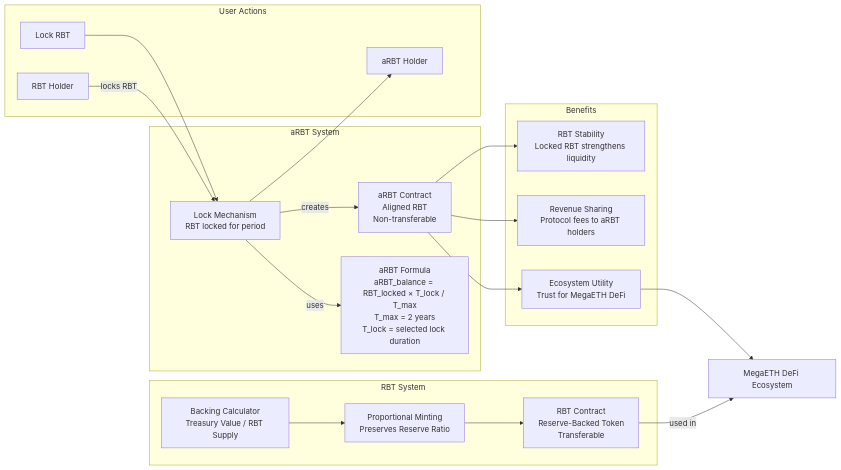
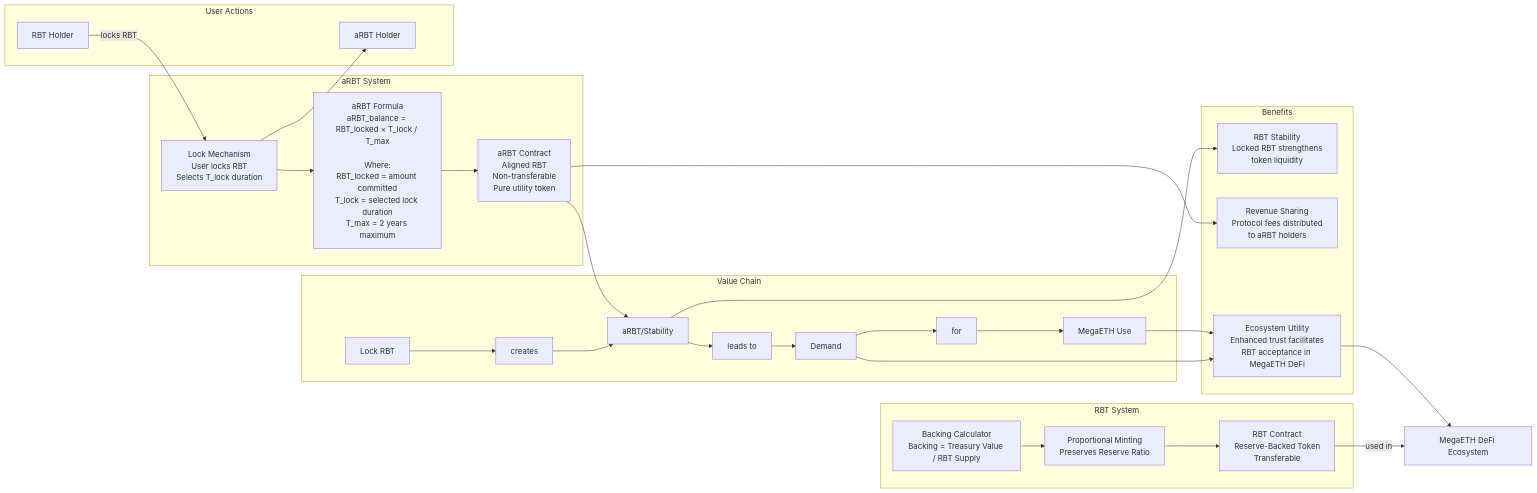
One commit to 0xJaehaerys/ohmega changed the fourth of 7 diagrams in blackhaven-architecture-diagrams.md. Above: the diagram before and after it, drawn with Mermaid. The commit also changed 2 other files, not shown here.

Commit message:
Integrate aRBT formulas into existing diagrams
- Add aRBT formula to RBT System diagram in corrected diagrams
- Integrate value chain (Lock RBT в†’ aRBT/Stability в†’ Demand в†’ MegaETH Use) into diagrams
- Update Complete System Flow with aRBT lock mechanism and formula
- Update Complete Mechanics diagram with proper aRBT flow
- Show formula calculation step-by-step in architecture diagrams
- All based on official Blackhaven documentation formulas

````diff
--- a/blackhaven-architecture-diagrams.md
+++ b/blackhaven-architecture-diagrams.md
@@ -219,43 +219,61 @@
 ```mermaid
 graph LR
     subgraph "RBT System"
         RBT_CONTRACT[RBT Contract<br/>Reserve-Backed Token<br/>Transferable]
-        BACKING_CALC[Backing Calculator<br/>Treasury Value / RBT Supply]
+        BACKING_CALC[Backing Calculator<br/>Backing = Treasury Value / RBT Supply]
         PROPORTIONAL_MINT[Proportional Minting<br/>Preserves Reserve Ratio]
     end
     
     subgraph "aRBT System"
-        ARBT_CONTRACT[aRBT Contract<br/>Aligned RBT<br/>Non-transferable]
-        LOCK_MECHANISM[Lock Mechanism<br/>RBT locked for period]
-        FORMULA[aRBT Formula<br/>aRBT_balance = RBT_locked × T_lock / T_max<br/>T_max = 2 years<br/>T_lock = selected lock duration]
+        LOCK_MECHANISM[Lock Mechanism<br/>User locks RBT<br/>Selects T_lock duration]
+        FORMULA[aRBT Formula<br/>aRBT_balance = RBT_locked × T_lock / T_max<br/><br/>Where:<br/>RBT_locked = amount committed<br/>T_lock = selected lock duration<br/>T_max = 2 years maximum]
+        ARBT_CONTRACT[aRBT Contract<br/>Aligned RBT<br/>Non-transferable<br/>Pure utility token]
+    end
+    
+    subgraph "Value Chain"
+        STEP1[Lock RBT]
+        STEP2[creates]
+        STEP3[aRBT/Stability]
+        STEP4[leads to]
+        STEP5[Demand]
+        STEP6[for]
+        STEP7[MegaETH Use]
     end
     
     subgraph "Benefits"
-        STABILITY[RBT Stability<br/>Locked RBT strengthens liquidity]
-        REVENUE_SHARE[Revenue Sharing<br/>Protocol fees to aRBT holders]
-        ECOSYSTEM_UTILITY[Ecosystem Utility<br/>Trust for MegaETH DeFi]
+        STABILITY_BENEFIT[RBT Stability<br/>Locked RBT strengthens<br/>token liquidity]
+        REVENUE_SHARE[Revenue Sharing<br/>Protocol fees distributed<br/>to aRBT holders]
+        ECOSYSTEM_UTILITY[Ecosystem Utility<br/>Enhanced trust facilitates<br/>RBT acceptance in MegaETH DeFi]
     end
     
     subgraph "User Actions"
         USER_RBT[RBT Holder]
-        USER_LOCK[Lock RBT]
         USER_ARBT[aRBT Holder]
     end
     
     USER_RBT -->|locks RBT| LOCK_MECHANISM
-    LOCK_MECHANISM -->|creates| ARBT_CONTRACT
-    LOCK_MECHANISM -->|uses| FORMULA
+    LOCK_MECHANISM --> FORMULA
+    FORMULA --> ARBT_CONTRACT
+    
+    STEP1 --> STEP2
+    STEP2 --> STEP3
+    STEP3 --> STEP4
+    STEP4 --> STEP5
+    STEP5 --> STEP6
+    STEP6 --> STEP7
+    
+    ARBT_CONTRACT --> STEP3
+    STEP3 --> STABILITY_BENEFIT
+    STEP5 --> ECOSYSTEM_UTILITY
+    STEP7 --> ECOSYSTEM_UTILITY
+    
+    ARBT_CONTRACT --> REVENUE_SHARE
     
     BACKING_CALC --> PROPORTIONAL_MINT
     PROPORTIONAL_MINT --> RBT_CONTRACT
     
-    ARBT_CONTRACT --> STABILITY
-    ARBT_CONTRACT --> REVENUE_SHARE
-    ARBT_CONTRACT --> ECOSYSTEM_UTILITY
-    
-    USER_LOCK --> LOCK_MECHANISM
     LOCK_MECHANISM --> USER_ARBT
     
     RBT_CONTRACT -->|used in| DEFI[MegaETH DeFi Ecosystem]
     ECOSYSTEM_UTILITY --> DEFI
 ```
````
